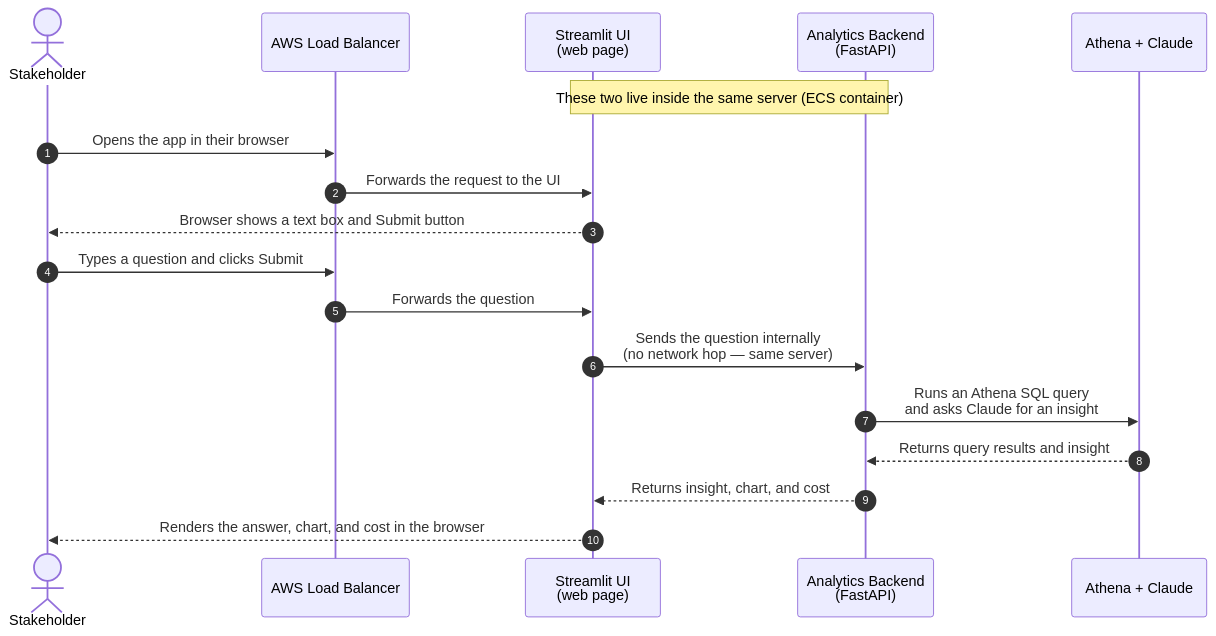
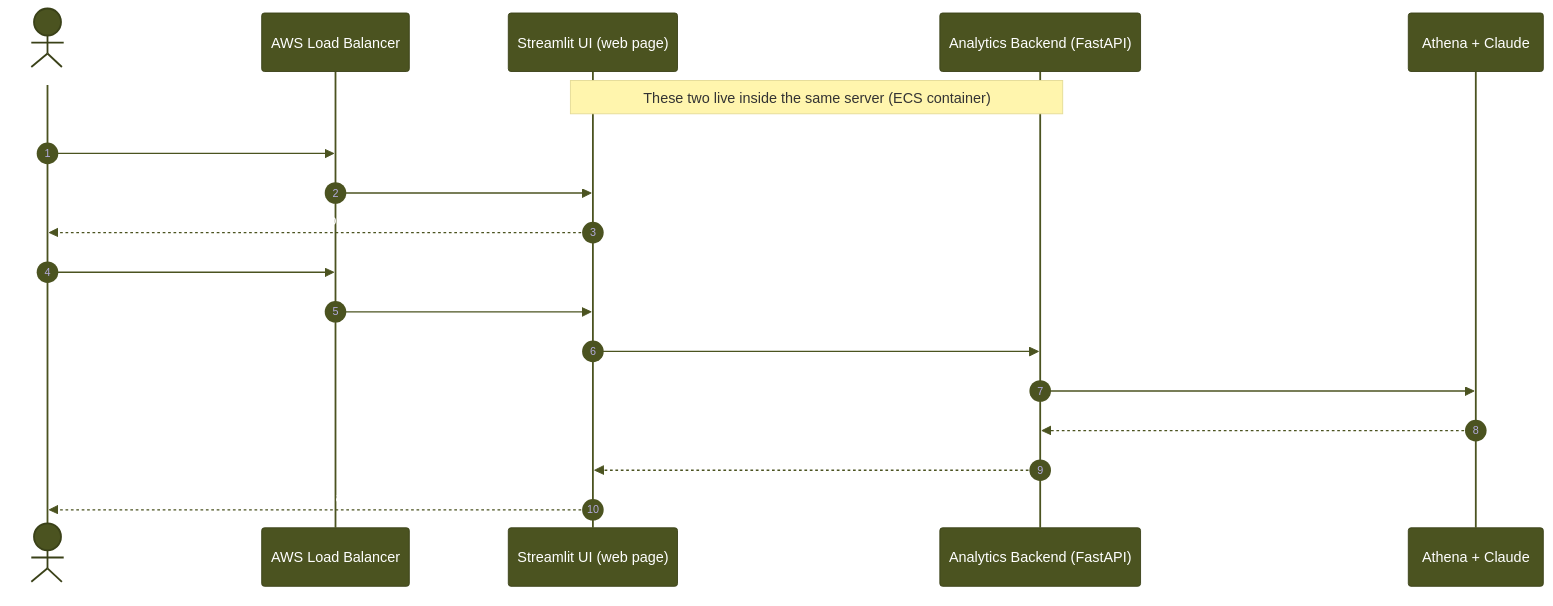
Before and after one commit to enterprise-data-platform-emeka/platform-analytics-agent: the second of 3 diagrams in README.md, drawn with Mermaid.

Commit message:
Docs: fix broken sequenceDiagram in README
- Add olive init block with signalColor and actorLineColor
  so arrows render instead of disappearing on white background
- Remove <br/> from participant names and message text (invalid syntax)
- Remove em dash from message text

````diff
--- a/README.md
+++ b/README.md
@@ -149,23 +149,24 @@
 ```mermaid
+%%{init: {'theme': 'base', 'themeVariables': {'primaryColor': '#4B5320', 'primaryTextColor': '#ffffff', 'primaryBorderColor': '#3a4118', 'lineColor': '#4B5320', 'signalColor': '#4B5320', 'actorLineColor': '#4B5320', 'secondaryColor': '#F0F7FF', 'tertiaryColor': '#F0F7FF', 'background': '#ffffff', 'clusterBkg': '#F0F7FF', 'edgeLabelBackground': '#ffffff'}}}%%
 sequenceDiagram
     autonumber
     actor S as Stakeholder
     participant ALB as AWS Load Balancer
-    participant UI as Streamlit UI<br/>(web page)
-    participant API as Analytics Backend<br/>(FastAPI)
+    participant UI as Streamlit UI (web page)
+    participant API as Analytics Backend (FastAPI)
     participant AI as Athena + Claude
 
     note over UI,API: These two live inside the same server (ECS container)
 
     S->>ALB: Opens the app in their browser
     ALB->>UI: Forwards the request to the UI
     UI-->>S: Browser shows a text box and Submit button
 
     S->>ALB: Types a question and clicks Submit
     ALB->>UI: Forwards the question
-    UI->>API: Sends the question internally<br/>(no network hop — same server)
-    API->>AI: Runs an Athena SQL query<br/>and asks Claude for an insight
+    UI->>API: Sends the question internally (no network hop, same server)
+    API->>AI: Runs an Athena SQL query and asks Claude for an insight
     AI-->>API: Returns query results and insight
     API-->>UI: Returns insight, chart, and cost
     UI-->>S: Renders the answer, chart, and cost in the browser
 ```
````
